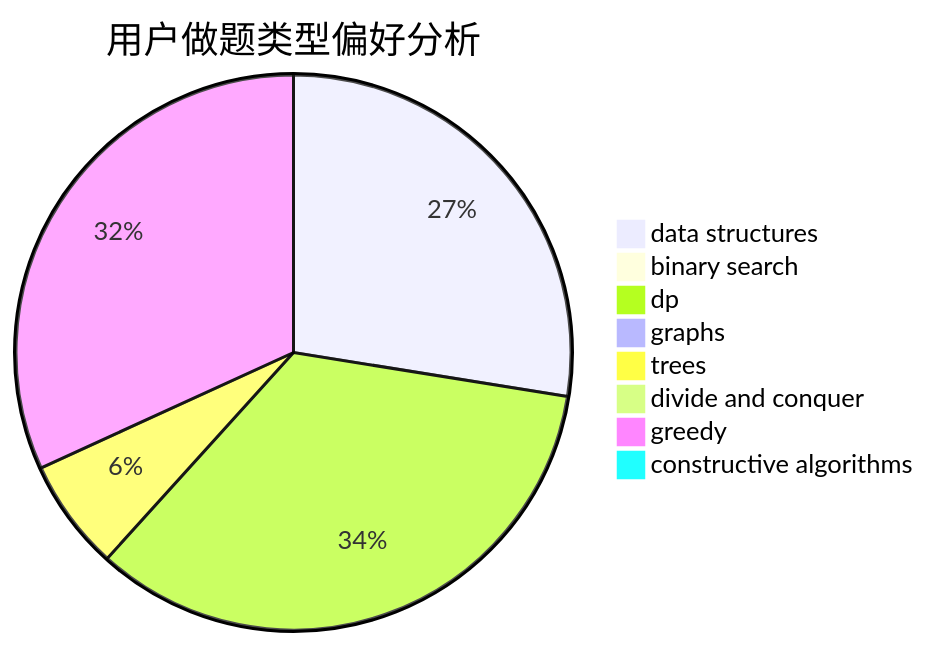
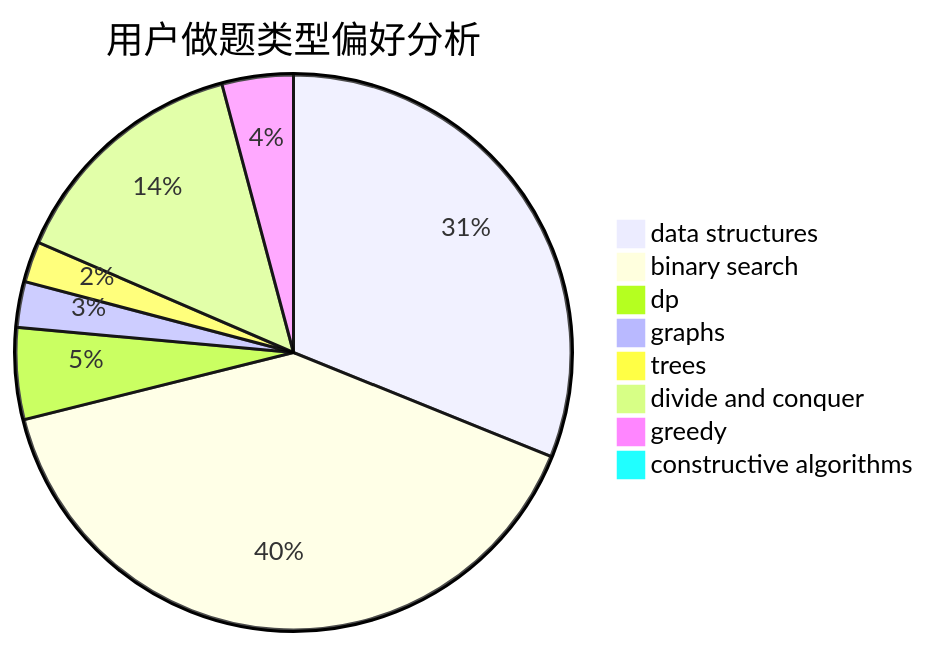
Before and after one commit to sherpahu/cfrs.github.io: the second of 3 diagrams in docs/user/u1547.md, drawn with Mermaid. The commit also changed other lines of this file and 2770 other files, not shown here.

````diff
--- a/docs/user/u1547.md
+++ b/docs/user/u1547.md
@@ -23,11 +23,11 @@
 ```mermaid
 pie title 用户做题类型偏好分析
-    "data structures" :  353
-    "binary search" :  0
-    "dp" :  438
-    "graphs" :  4
-    "trees" :  83
-    "divide and conquer" :  0
-    "greedy" :  408
-    "constructive algorithms" :  9
+    "data structures" :  210
+    "binary search" :  270
+    "dp" :  36
+    "graphs" :  18
+    "trees" :  16
+    "divide and conquer" :  97
+    "greedy" :  28
+    "constructive algorithms" :  4
 ```
````
